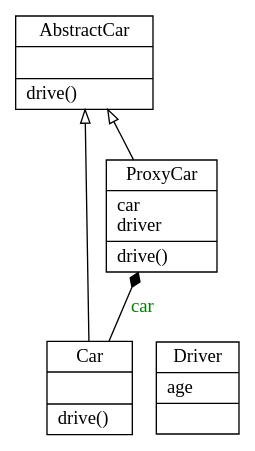
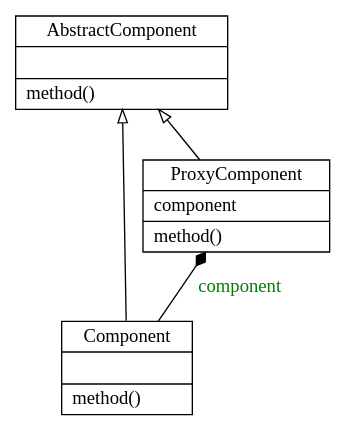
Before and after one commit to Sean-Bradley/Design-Patterns-In-Python: the diagram in proxy/classes.dot, drawn with Graphviz. The commit also changed 4 other files, not shown here.

```diff
--- a/proxy/classes.dot
+++ b/proxy/classes.dot
@@ -1,11 +1,10 @@
 digraph "classes" {
 charset="utf-8"
 rankdir=BT
-"0" [label="{AbstractCar|\l|drive()\l}", shape="record"];
-"1" [label="{Car|\l|drive()\l}", shape="record"];
-"2" [label="{Driver|age\l|}", shape="record"];
-"3" [label="{ProxyCar|car\ldriver\l|drive()\l}", shape="record"];
+"0" [label="{AbstractComponent|\l|method()\l}", shape="record"];
+"1" [label="{Component|\l|method()\l}", shape="record"];
+"2" [label="{ProxyComponent|component\l|method()\l}", shape="record"];
 "1" -> "0" [arrowhead="empty", arrowtail="none"];
-"3" -> "0" [arrowhead="empty", arrowtail="none"];
-"1" -> "3" [arrowhead="diamond", arrowtail="none", fontcolor="green", label="car", style="solid"];
+"2" -> "0" [arrowhead="empty", arrowtail="none"];
+"1" -> "2" [arrowhead="diamond", arrowtail="none", fontcolor="green", label="component", style="solid"];
 }
```
